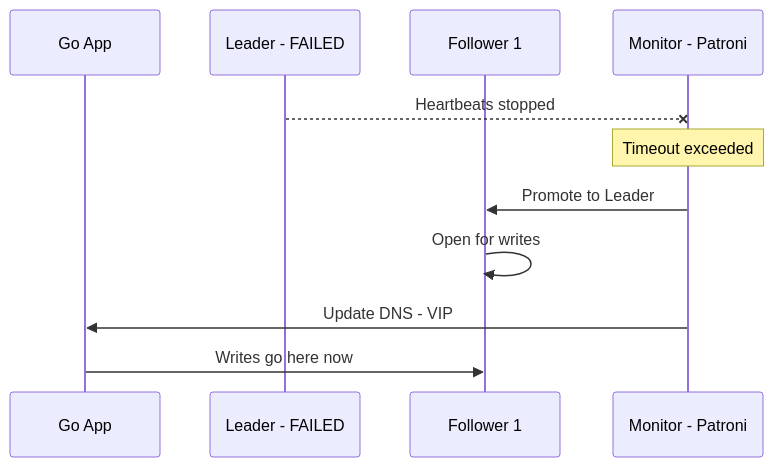
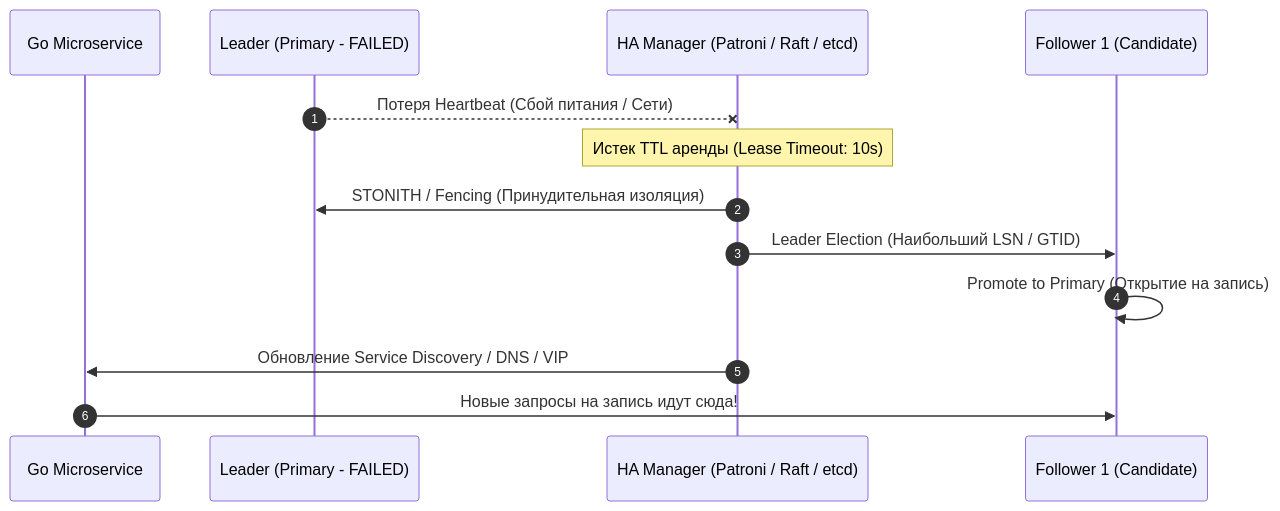
One commit to UnrealTemplier/go-textbook changed the second of 2 diagrams in sources/12. Базы данных/08. Распределенные базы данных/2. Leader Follower.md. Above: the diagram before and after it, drawn with Mermaid. The commit also changed other lines of this file, not shown here.

````diff
--- a/sources/12. Базы данных/08. Распределенные базы данных/2. Leader Follower.md
+++ b/sources/12. Базы данных/08. Распределенные базы данных/2. Leader Follower.md
@@ -77,14 +99,16 @@
 ```mermaid
 sequenceDiagram
-    participant App as Go App
-    participant L as Leader - FAILED
-    participant F1 as Follower 1
-    participant Monitor as Monitor - Patroni
+    autonumber
+    participant App as Go Microservice
+    participant Leader as Leader (Primary - FAILED)
+    participant Monitor as HA Manager (Patroni / Raft / etcd)
+    participant Follower as Follower 1 (Candidate)
 
-    L--xMonitor: Heartbeats stopped
-    Note over Monitor: Timeout exceeded
-    Monitor->>F1: Promote to Leader
-    F1->>F1: Open for writes
-    Monitor->>App: Update DNS - VIP
-    App->>F1: Writes go here now
+    Leader--xMonitor: Потеря Heartbeat (Сбой питания / Сети)
+    Note over Monitor: Истек TTL аренды (Lease Timeout: 10s)
+    Monitor->>Leader: STONITH / Fencing (Принудительная изоляция)
+    Monitor->>Follower: Leader Election (Наибольший LSN / GTID)
+    Follower->>Follower: Promote to Primary (Открытие на запись)
+    Monitor->>App: Обновление Service Discovery / DNS / VIP
+    App->>Follower: Новые запросы на запись идут сюда!
 ```
````
